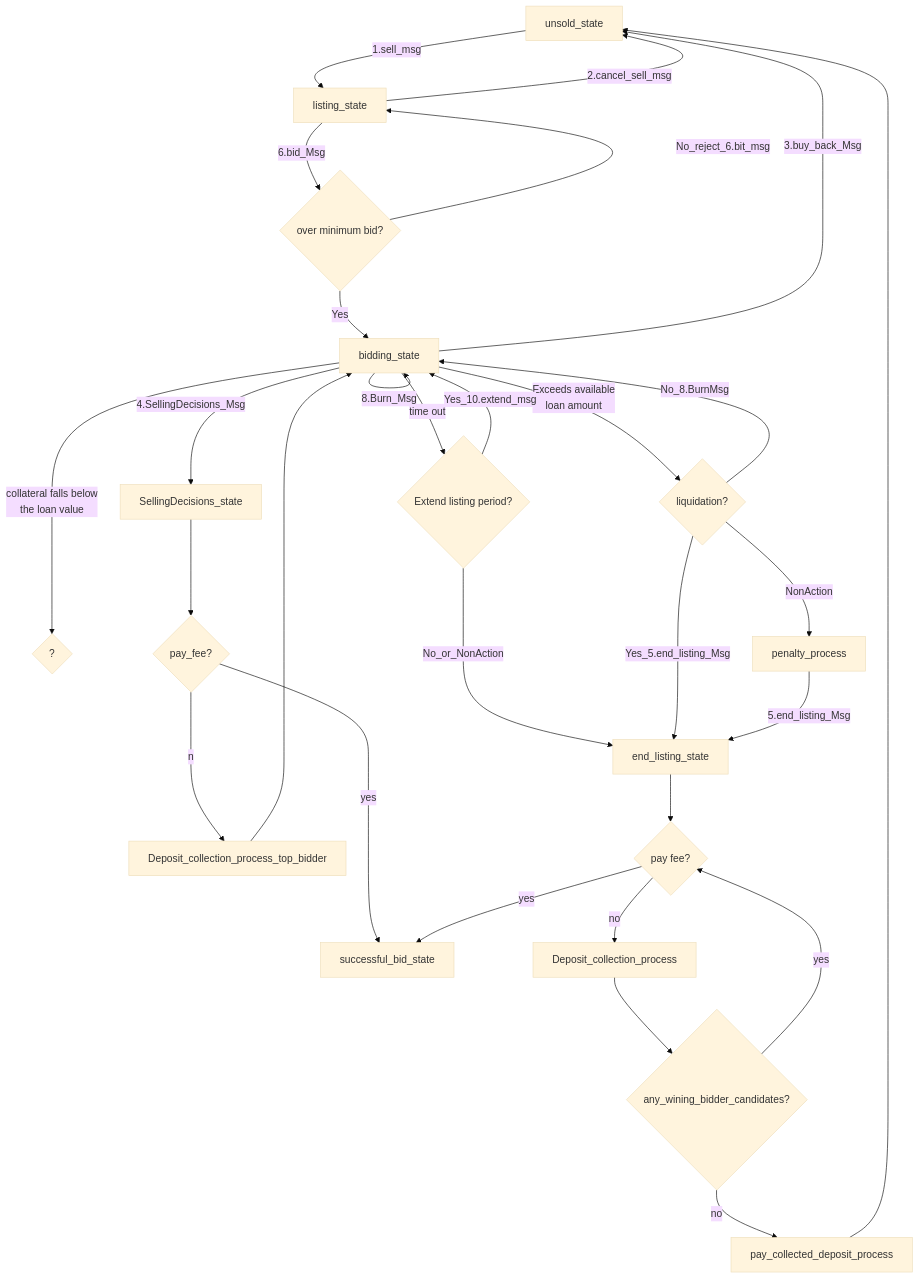
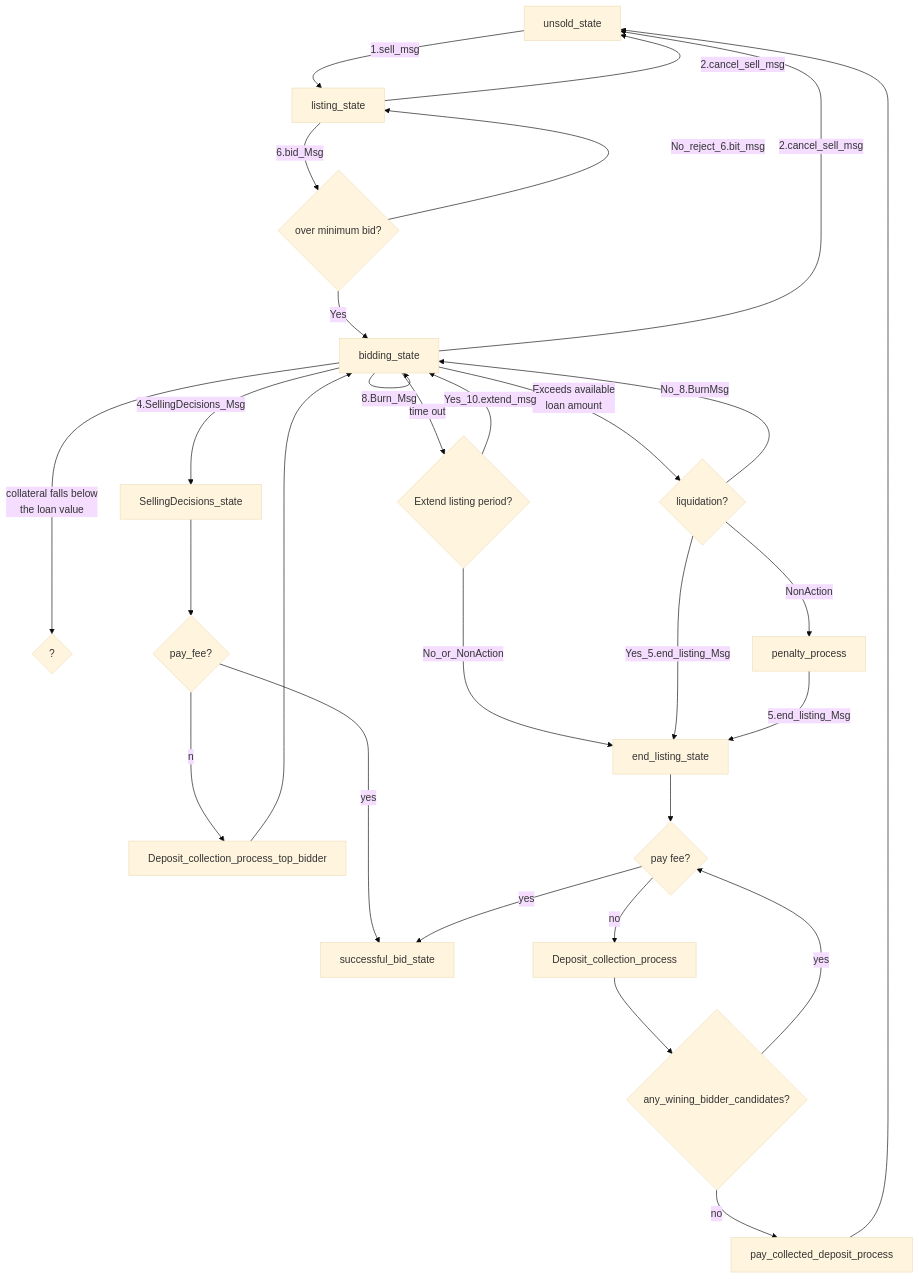
The third of 9 diagrams in x/nftmarket/spec/03_listing_state.md (UnUniFi/chain), drawn with Mermaid (base theme) before and after one commit. The commit also changed other lines of this file, not shown here.

Commit message:
modify: delete buy buck flow

````diff
--- a/x/nftmarket/spec/03_listing_state.md
+++ b/x/nftmarket/spec/03_listing_state.md
@@ -60,33 +60,33 @@
 ```mermaid
 flowchart TD
     unsold_state -->|1.sell_msg| listing_state
 　  bidding_state   -->|time out|Extend_listing_period{Extend listing period?}
 　  bidding_state   -->|Exceeds available \n loan amount|liquidation{liquidation?}
     bidding_state   --->|collateral falls below \n the loan value|?{?}
 　  Extend_listing_period-->|Yes_10.extend_msg|bidding_state
 　  listing_state   -->|6.bid_Msg| over_minimum_bid{over minimum bid?}
     over_minimum_bid   -->|Yes| bidding_state
     over_minimum_bid   -->|No_reject_6.bit_msg| listing_state
     bidding_state   -->|6.bit_Msg| bidding_state
     bidding_state   -->|7.Mint_Msg| bidding_state
     bidding_state   -->|8.Burn_Msg| bidding_state
 　  bidding_state   -->|4.SellingDecisions_Msg|　SellingDecisions_state
     SellingDecisions_state --> check_pay_fee{pay_fee?}
     check_pay_fee --yes--> successful_bid_state
     check_pay_fee --no--> Deposit_collection_process_top_bidder
     Deposit_collection_process_top_bidder --> bidding_state
-　  bidding_state   -->|3.buy_back_Msg| unsold_state
+　  bidding_state   -->|2.cancel_sell_msg| unsold_state
     listing_state   -->|2.cancel_sell_msg| unsold_state
 　  Extend_listing_period-->|No_or_NonAction|　end_listing_state
 　  liquidation -->|Yes_5.end_listing_Msg|　end_listing_state
 　  liquidation -->|No_8.BurnMsg|　bidding_state
 　  liquidation -->|NonAction|　penalty_process
 　  penalty_process -->|5.end_listing_Msg|　end_listing_state
 　  end_listing_state   -->　pay_check{pay fee?}
 　  pay_check   -->|yes|　successful_bid_state
 　  pay_check   -->|no|　Deposit_collection_process
 　  Deposit_collection_process   -->　check_wining_bidder_candidates{any_wining_bidder_candidates?}
 　  check_wining_bidder_candidates   -->|yes|　pay_check
 　  check_wining_bidder_candidates   -->|no|　pay_collected_deposit_process
 　  pay_collected_deposit_process   -->　unsold_state
 ```
````
